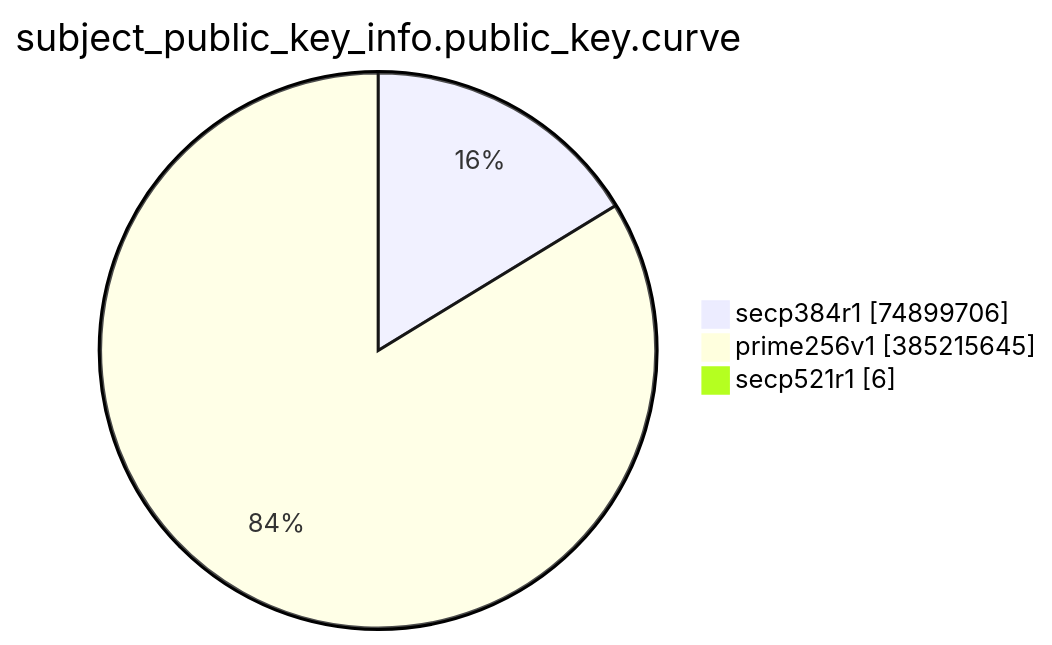
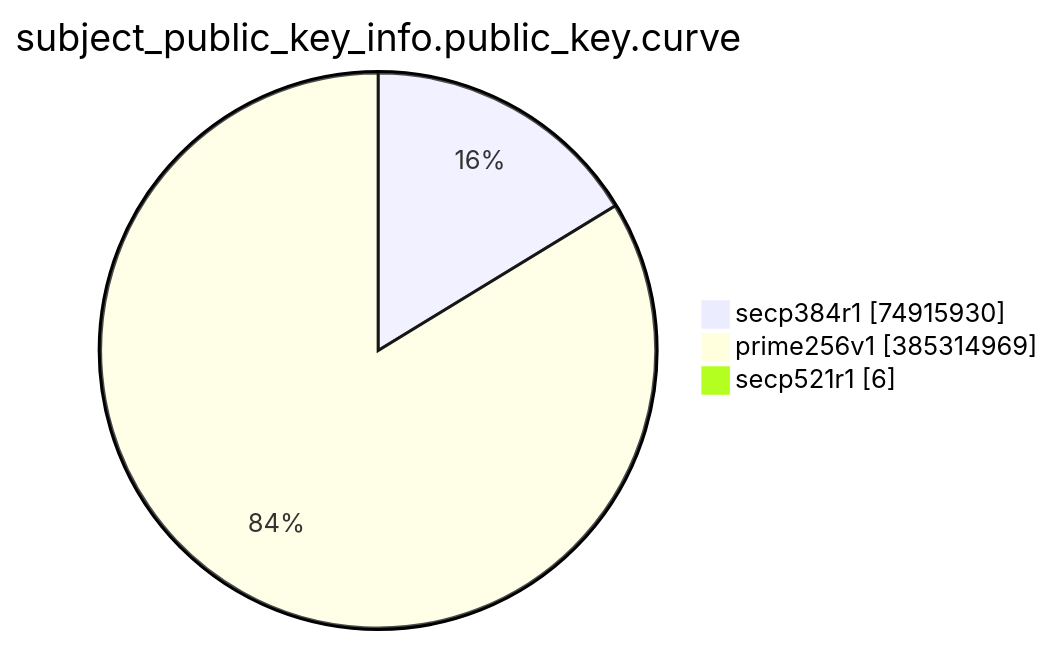
One commit to christiankrug/ctmonitor_visualization changed the eighth of 15 diagrams in TOTAL/README.md. Above: the diagram before and after it, drawn with Mermaid. The commit also changed other lines of this file, not shown here.

````diff
--- a/TOTAL/README.md
+++ b/TOTAL/README.md
@@ -3094,7 +3094,7 @@
 ```mermaid
 pie showData
 title subject_public_key_info.public_key.curve
-"secp384r1" :74899706
-"prime256v1" :385215645
+"secp384r1" :74915930
+"prime256v1" :385314969
 "secp521r1" :6
 ```
````
